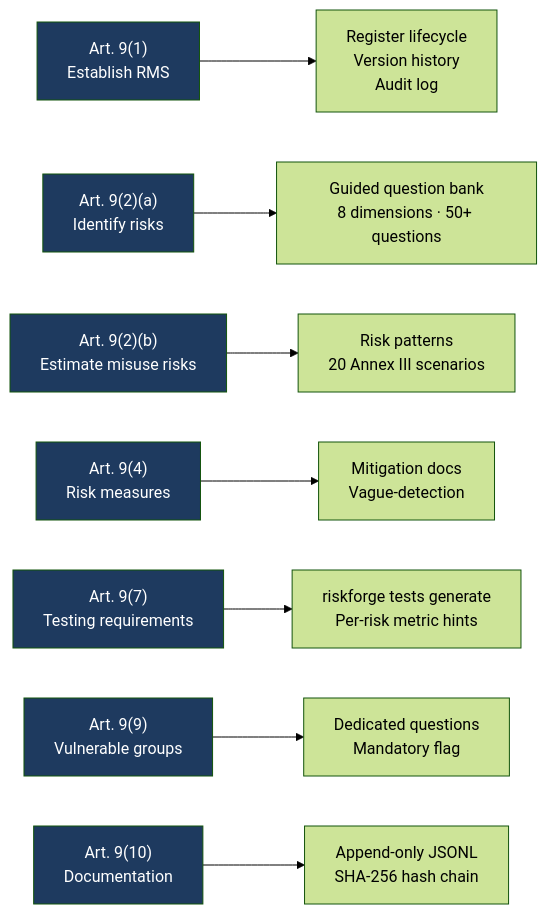
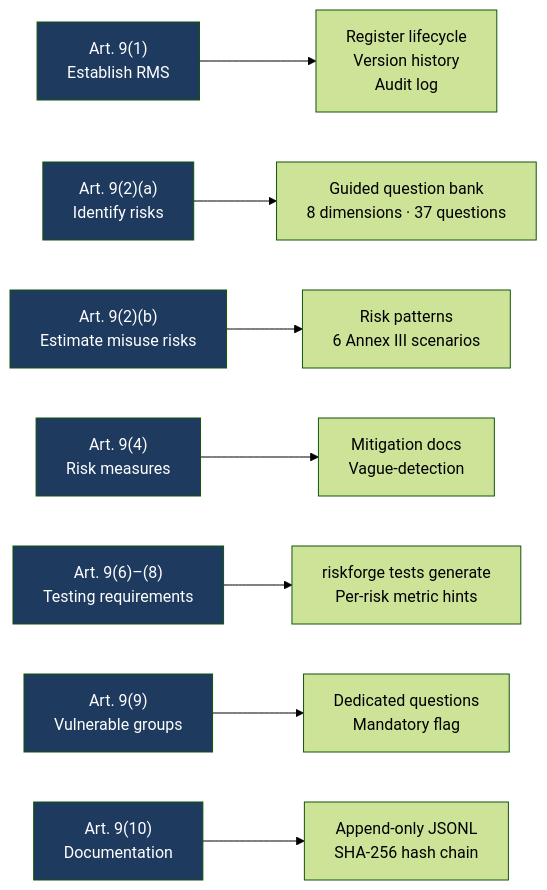
Before and after one commit to aiexponenthq/riskforge: the third of 3 diagrams in README.md, drawn with Mermaid (forest theme). The commit also changed other lines of this file and 7 other files, not shown here.

````diff
--- a/README.md
+++ b/README.md
@@ -149,18 +154,18 @@
 ```mermaid
 graph LR
     A9_1["Art. 9(1)<br/>Establish RMS"] --> REG["Register lifecycle<br/>Version history<br/>Audit log"]
-    A9_2a["Art. 9(2)(a)<br/>Identify risks"] --> QB["Guided question bank<br/>8 dimensions · 50+ questions"]
-    A9_2b["Art. 9(2)(b)<br/>Estimate misuse risks"] --> PAT["Risk patterns<br/>20 Annex III scenarios"]
+    A9_2a["Art. 9(2)(a)<br/>Identify risks"] --> QB["Guided question bank<br/>8 dimensions · 37 questions"]
+    A9_2b["Art. 9(2)(b)<br/>Estimate misuse risks"] --> PAT["Risk patterns<br/>6 Annex III scenarios"]
     A9_4["Art. 9(4)<br/>Risk measures"] --> MIT["Mitigation docs<br/>Vague-detection"]
-    A9_7["Art. 9(7)<br/>Testing requirements"] --> TEST["riskforge tests generate<br/>Per-risk metric hints"]
+    A9_6_8["Art. 9(6)–(8)<br/>Testing requirements"] --> TEST["riskforge tests generate<br/>Per-risk metric hints"]
     A9_9["Art. 9(9)<br/>Vulnerable groups"] --> VG["Dedicated questions<br/>Mandatory flag"]
     A9_10["Art. 9(10)<br/>Documentation"] --> AUD["Append-only JSONL<br/>SHA-256 hash chain"]
 
     style A9_1 fill:#1e3a5f,color:#fff
     style A9_2a fill:#1e3a5f,color:#fff
     style A9_2b fill:#1e3a5f,color:#fff
     style A9_4 fill:#1e3a5f,color:#fff
-    style A9_7 fill:#1e3a5f,color:#fff
+    style A9_6_8 fill:#1e3a5f,color:#fff
     style A9_9 fill:#1e3a5f,color:#fff
     style A9_10 fill:#1e3a5f,color:#fff
 ```
````
